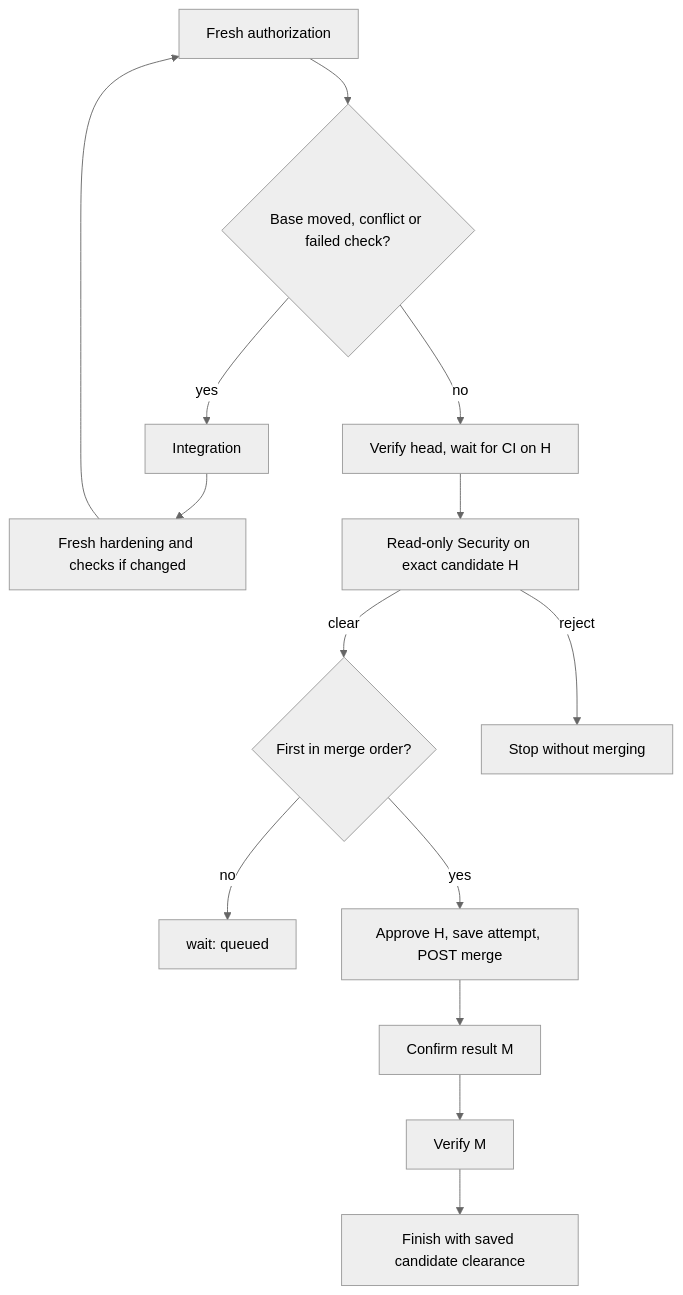
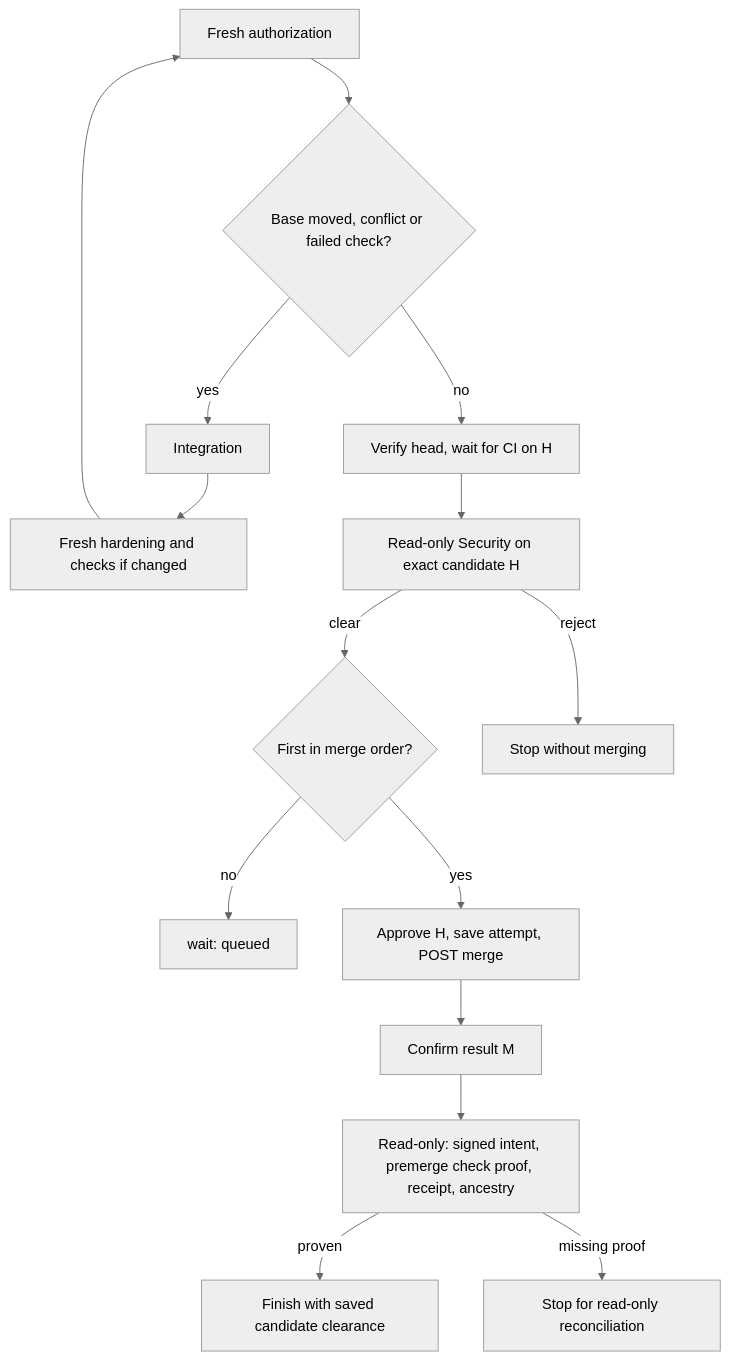
The diagram in docs/reference/merge.md (axolotl-logic-io/ecosystem), drawn with Mermaid (neutral theme) before and after one commit. The commit also changed other lines of this file and 17 other files, not shown here.

````diff
--- a/docs/reference/merge.md
+++ b/docs/reference/merge.md
@@ -13,14 +13,15 @@
 ```mermaid
 flowchart TD
   A[Fresh authorization] --> B{Base moved, conflict or failed check?}
   B -- yes --> I[Integration] --> H[Fresh hardening and checks if changed] --> A
   B -- no --> C[Verify head, wait for CI on H]
   C --> S[Read-only Security on exact candidate H]
   S -- clear --> Q{First in merge order?}
   Q -- no --> W[wait: queued]
   Q -- yes --> P[Approve H, save attempt, POST merge]
   S -- reject --> X[Stop without merging]
   P --> R[Confirm result M]
-  R --> V[Verify M]
-  V --> F[Finish with saved candidate clearance]
+  R --> V[Read-only: signed intent, premerge check proof, receipt, ancestry]
+  V -- proven --> F[Finish with saved candidate clearance]
+  V -- missing proof --> Y[Stop for read-only reconciliation]
 ```
````
